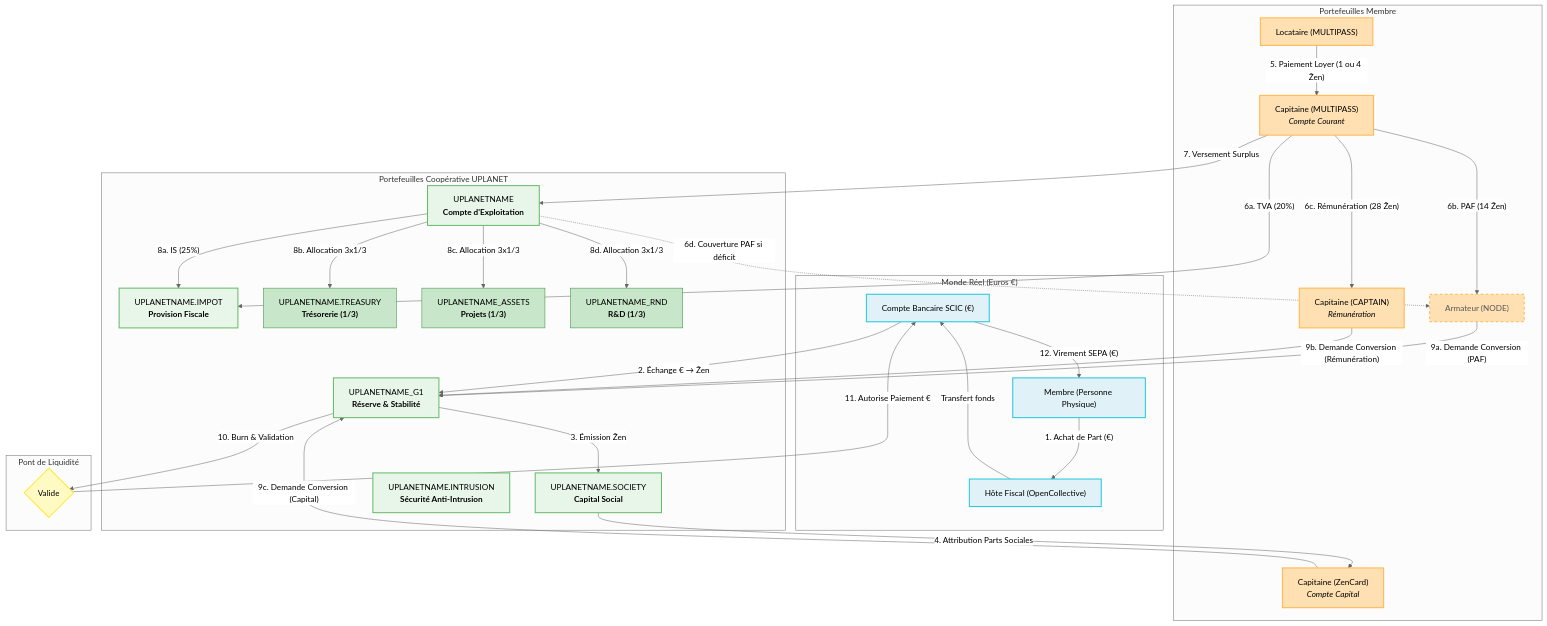
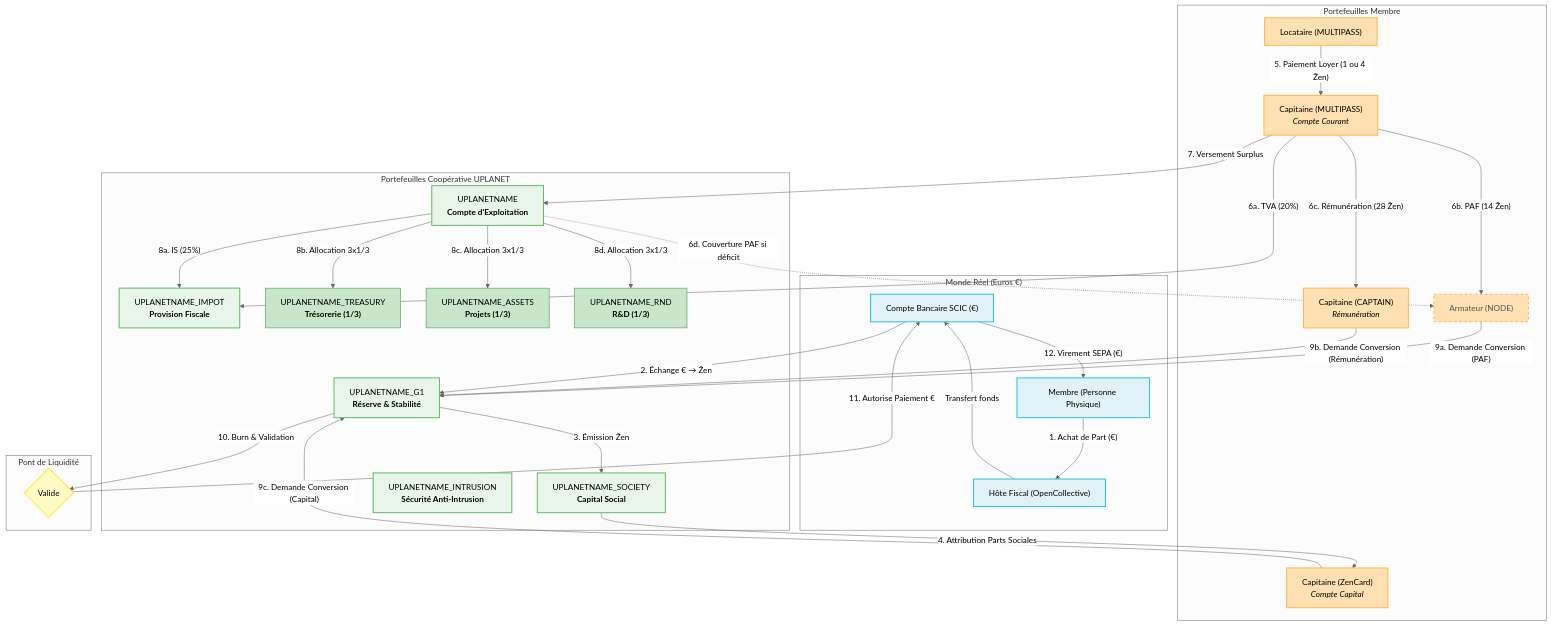
Before and after one commit to papiche/Astroport.ONE: the diagram in LEGAL.md, drawn with Mermaid (neutral theme). The commit also changed other lines of this file and 27 other files, not shown here.

````diff
--- a/LEGAL.md
+++ b/LEGAL.md
@@ -128,72 +128,72 @@
 ```mermaid
 graph TD
     %% Styling definitions for clarity and consistency
     classDef realWorld fill:#e0f2f7,stroke:#26c6da,stroke-width:2px,color:#000
     classDef cooperativeCentral fill:#e8f5e9,stroke:#66bb6a,stroke-width:2px,color:#000
     classDef memberWallet fill:#ffe0b2,stroke:#ffb74d,stroke-width:2px,color:#000
     classDef processStep fill:#f3e5f5,stroke:#ba68c8,stroke-width:1px,color:#000
     classDef internalFlow stroke-dasharray: 5 5,color:#555
     classDef externalFlow stroke-width:1.5px,color:#333
     classDef decisionPoint fill:#fff9c4,stroke:#ffeb3b,stroke-width:2px,color:#000
     classDef allocationType fill:#c8e6c9,stroke:#388e3c,stroke-width:1px,color:#000
 
     subgraph "Monde Réel (Euros €)"
         MB_SCIC["Compte Bancaire SCIC (€)"]:::realWorld
         HoteFiscal["Hôte Fiscal (OpenCollective)"]:::realWorld
         MembrePhysique["Membre (Personne Physique)"]:::realWorld
 
         MembrePhysique -- "1. Achat de Part (€)" --> HoteFiscal
         HoteFiscal -- "Transfert fonds" --> MB_SCIC
     end
 
     subgraph "Portefeuilles Coopérative UPLANET"
         UPLANETNAME_G1["UPLANETNAME_G1<br><b>Réserve & Stabilité</b>"]:::cooperativeCentral
-        UPLANETNAME_SOCIETY["UPLANETNAME.SOCIETY<br><b>Capital Social</b>"]:::cooperativeCentral
+        UPLANETNAME_SOCIETY["UPLANETNAME_SOCIETY<br><b>Capital Social</b>"]:::cooperativeCentral
         UPLANETNAME["UPLANETNAME<br><b>Compte d'Exploitation</b>"]:::cooperativeCentral
-        UPLANETNAME_IMPOT["UPLANETNAME.IMPOT<br><b>Provision Fiscale</b>"]:::cooperativeCentral
-        UPLANETNAME_TREASURY["UPLANETNAME.TREASURY<br><b>Trésorerie (1/3)</b>"]:::allocationType
+        UPLANETNAME_IMPOT["UPLANETNAME_IMPOT<br><b>Provision Fiscale</b>"]:::cooperativeCentral
+        UPLANETNAME_TREASURY["UPLANETNAME_TREASURY<br><b>Trésorerie (1/3)</b>"]:::allocationType
         UPLANETNAME_ASSETS["UPLANETNAME_ASSETS<br><b>Projets (1/3)</b>"]:::allocationType
         UPLANETNAME_RND["UPLANETNAME_RND<br><b>R&D (1/3)</b>"]:::allocationType
-        UPLANETNAME_INTRUSION["UPLANETNAME.INTRUSION<br><b>Sécurité Anti-Intrusion</b>"]:::cooperativeCentral
+        UPLANETNAME_INTRUSION["UPLANETNAME_INTRUSION<br><b>Sécurité Anti-Intrusion</b>"]:::cooperativeCentral
         
         MB_SCIC -- "2. Échange € → Ẑen" --> UPLANETNAME_G1
         UPLANETNAME_G1 -- "3. Émission Ẑen" --> UPLANETNAME_SOCIETY
     end
 
     subgraph "Portefeuilles Membre"
         MULTIPASS_Loc["Locataire (MULTIPASS)"]:::memberWallet
         Capitaine_MP["Capitaine (MULTIPASS)<br><i>Compte Courant</i>"]:::memberWallet
         Capitaine_ZC["Capitaine (ZenCard)<br><i>Compte Capital</i>"]:::memberWallet
         Capitaine_Ded["Capitaine (CAPTAIN)<br><i>Rémunération</i>"]:::memberWallet
         Armateur_Node["Armateur (NODE)"]:::memberWallet
     end
 
     %% FLUX DE CAPITALISATION
     UPLANETNAME_SOCIETY -- "4. Attribution Parts Sociales" --> Capitaine_ZC
 
     %% FLUX D'EXPLOITATION
     MULTIPASS_Loc -- "5. Paiement Loyer (1 ou 4 Ẑen)" --> Capitaine_MP
     
     Capitaine_MP -- "6a. TVA (20%)" --> UPLANETNAME_IMPOT
     Capitaine_MP -- "6b. PAF (14 Ẑen)" --> Armateur_Node
     Capitaine_MP -- "6c. Rémunération (28 Ẑen)" --> Capitaine_Ded
     UPLANETNAME -. "6d. Couverture PAF si déficit" .-> Armateur_Node:::internalFlow
     
     Capitaine_MP -- "7. Versement Surplus" --> UPLANETNAME
     
     UPLANETNAME -- "8a. IS (25%)" --> UPLANETNAME_IMPOT
     UPLANETNAME -- "8b. Allocation 3x1/3" --> UPLANETNAME_TREASURY
     UPLANETNAME -- "8c. Allocation 3x1/3" --> UPLANETNAME_ASSETS
     UPLANETNAME -- "8d. Allocation 3x1/3" --> UPLANETNAME_RND
 
     %% FLUX DE CONVERSION (PONT DE LIQUIDITÉ)
     subgraph "Pont de Liquidité"
         Armateur_Node -- "9a. Demande Conversion (PAF)" --> UPLANETNAME_G1
         Capitaine_Ded -- "9b. Demande Conversion (Rémunération)" --> UPLANETNAME_G1
         Capitaine_ZC -- "9c. Demande Conversion (Capital)" --> UPLANETNAME_G1
 
         UPLANETNAME_G1 -- "10. Burn & Validation" --> Validation{"Valide"}:::decisionPoint
         Validation -- "11. Autorise Paiement €" --> MB_SCIC
         MB_SCIC -- "12. Virement SEPA (€)" --> MembrePhysique
     end
 ```
````
